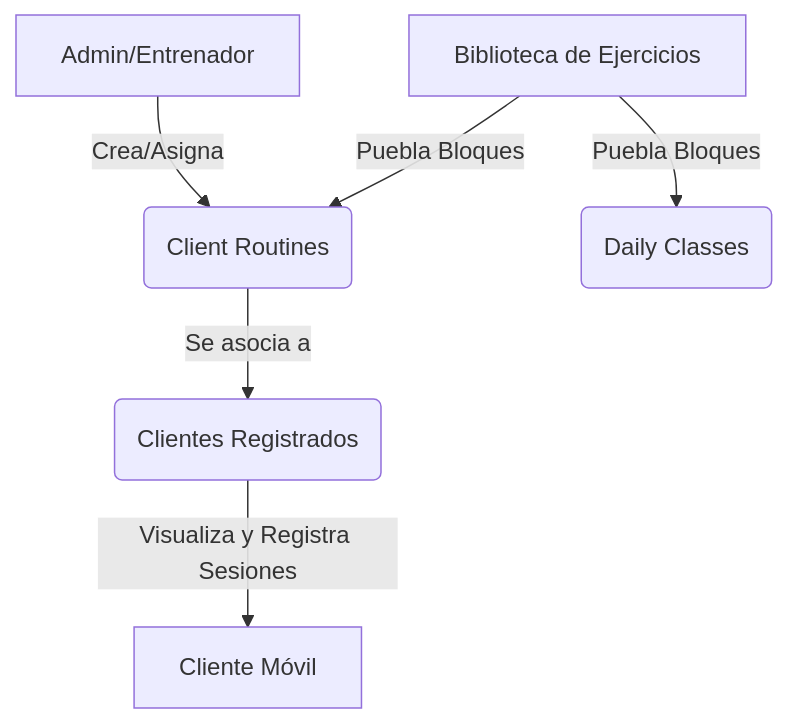
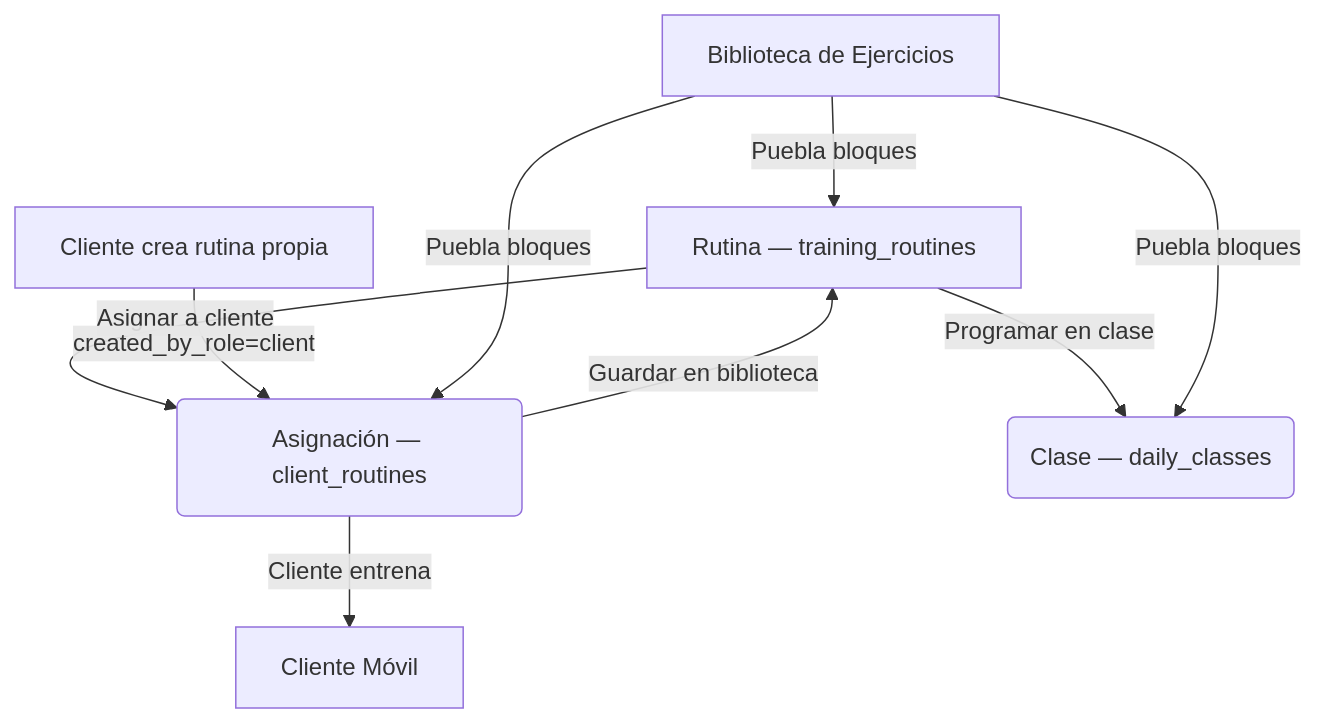
The diagram in PROJECT_CONTEXT.md (nenesgym1508/nenesgym), drawn with Mermaid before and after one commit. The commit also changed other lines of this file and 92 other files, not shown here.

First line of the commit message:
Unifica hub de entrenamiento (training routines) y limpia sistema de plantillas legado

````diff
--- a/PROJECT_CONTEXT.md
+++ b/PROJECT_CONTEXT.md
@@ -31,8 +49,11 @@
 ```mermaid
 graph TD
-    A[Admin/Entrenador] -->|Crea/Asigna| B(Client Routines)
-    B -->|Se asocia a| C(Clientes Registrados)
-    C -->|Visualiza y Registra Sesiones| D[Cliente Móvil]
-    E[Biblioteca de Ejercicios] -->|Puebla Bloques| B
-    E -->|Puebla Bloques| F(Daily Classes)
+    R[Rutina — training_routines] -->|Asignar a cliente| A(Asignación — client_routines)
+    R -->|Programar en clase| C(Clase — daily_classes)
+    A -->|Cliente entrena| M[Cliente Móvil]
+    Cliente[Cliente crea rutina propia] -->|created_by_role=client| A
+    A -->|Guardar en biblioteca| R
+    E[Biblioteca de Ejercicios] -->|Puebla bloques| R
+    E -->|Puebla bloques| A
+    E -->|Puebla bloques| C
 ```
````
